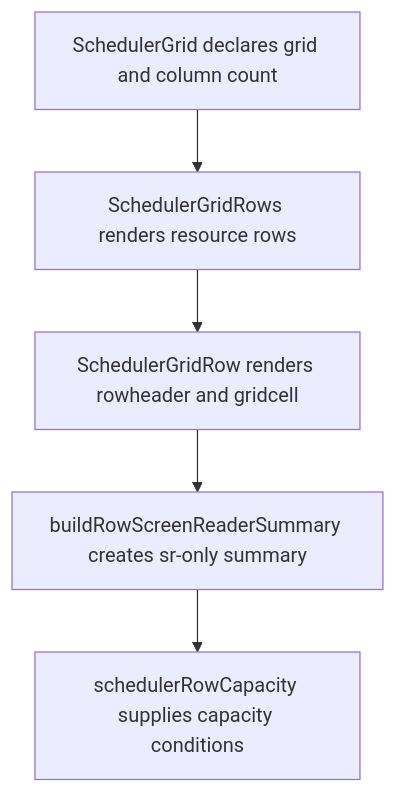
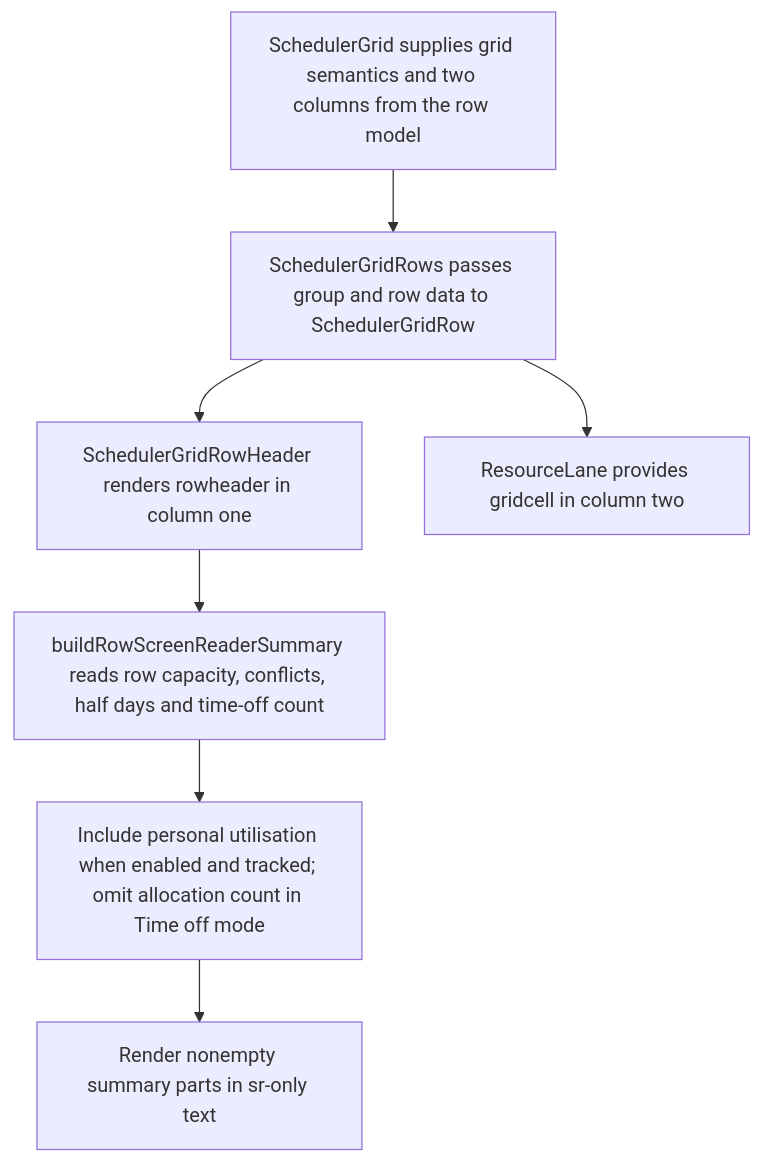
One commit to Kevinjohn/capacitylens changed the second of 2 diagrams in user-stories/accessibility/US-KBD-03-grid-semantics.md. Above: the diagram before and after it, drawn with Mermaid. The commit also changed other lines of this file and 172 other files, not shown here.

Commit message:
docs: reconcile user story code flows with source

````diff
--- a/user-stories/accessibility/US-KBD-03-grid-semantics.md
+++ b/user-stories/accessibility/US-KBD-03-grid-semantics.md
@@ -34,7 +34,9 @@
 ```mermaid
 flowchart TD
-  grid["SchedulerGrid declares grid and column count"] --> rows["SchedulerGridRows renders resource rows"]
-  rows --> row["SchedulerGridRow renders rowheader and gridcell"]
-  row --> summary["buildRowScreenReaderSummary creates sr-only summary"]
-  summary --> capacity["schedulerRowCapacity supplies capacity conditions"]
+  model["SchedulerGrid supplies grid semantics and two columns from the row model"] --> rows["SchedulerGridRows passes group and row data to SchedulerGridRow"]
+  rows --> header["SchedulerGridRowHeader renders rowheader in column one"]
+  header --> summary["buildRowScreenReaderSummary reads row capacity, conflicts, half days and time-off count"]
+  summary --> conditional["Include personal utilisation when enabled and tracked; omit allocation count in Time off mode"]
+  conditional --> text["Render nonempty summary parts in sr-only text"]
+  rows --> cell["ResourceLane provides gridcell in column two"]
 ```
````
